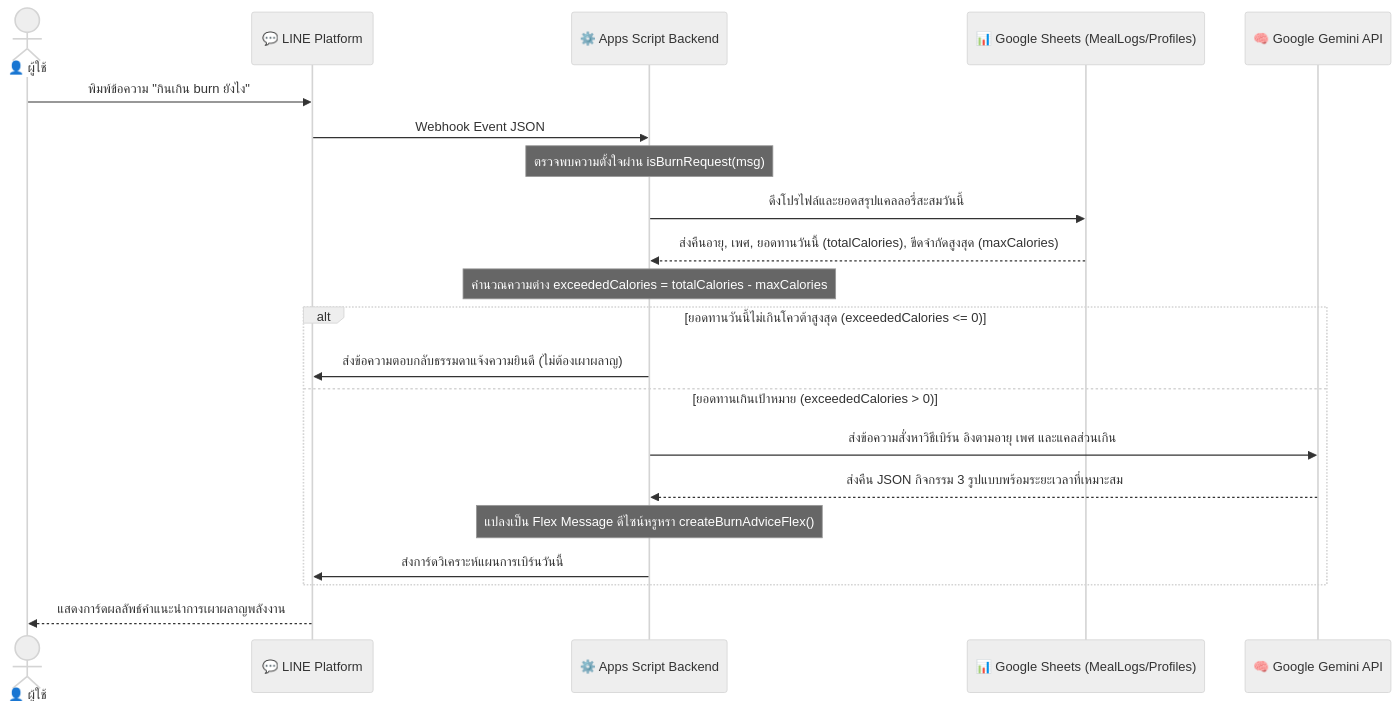
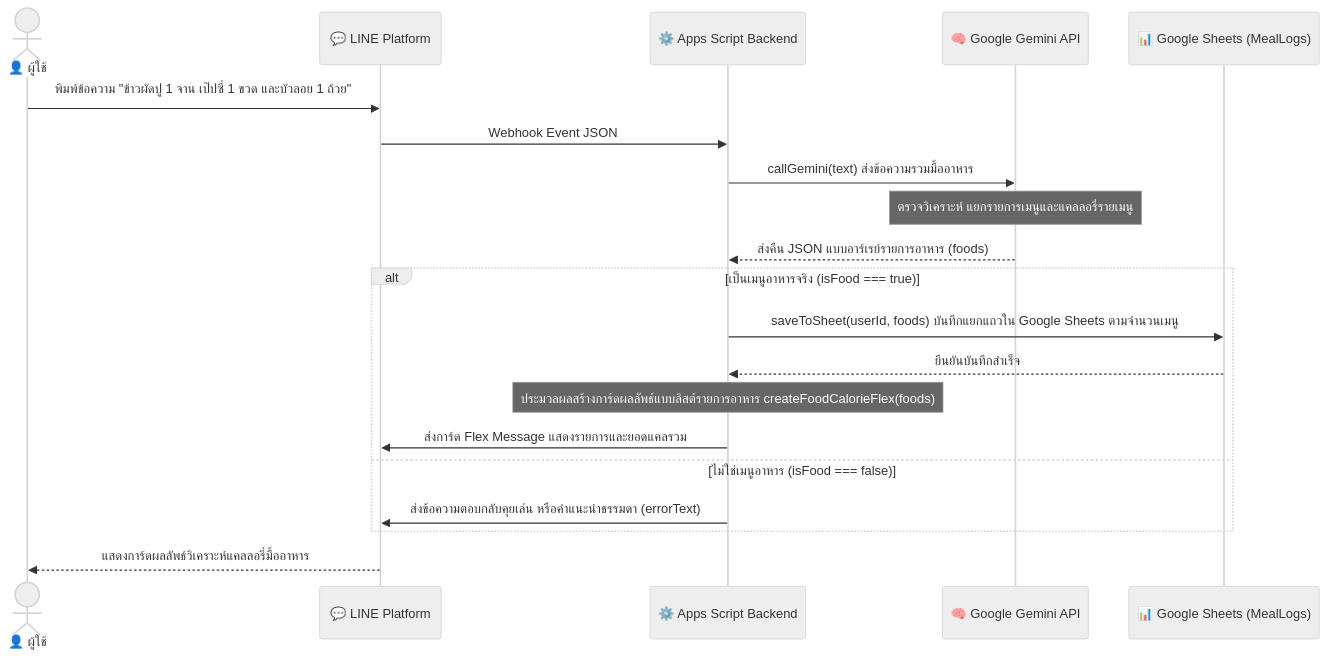
Before and after one commit to Kitisak13/line-calories-ai-chatbot: the diagram in artifacts/implementation_plan.md, drawn with Mermaid (neutral theme). The commit also changed other lines of this file and 3 other files, not shown here.

Commit message:
feat: implement multi-item food calorie processing system

````diff
--- a/artifacts/implementation_plan.md
+++ b/artifacts/implementation_plan.md
@@ -11,25 +11,24 @@
 ```mermaid
 sequenceDiagram
     actor User as 👤 ผู้ใช้
     participant Line as 💬 LINE Platform
     participant GAS as ⚙️ Apps Script Backend
-    participant DB as 📊 Google Sheets (MealLogs/Profiles)
     participant Gemini as 🧠 Google Gemini API
+    participant DB as 📊 Google Sheets (MealLogs)
 
-    User->>Line: พิมพ์ข้อความ "กินเกิน burn ยังไง"
+    User->>Line: พิมพ์ข้อความ "ข้าวผัดปู 1 จาน เป๊ปซี่ 1 ขวด และบัวลอย 1 ถ้วย"
     Line->>GAS: Webhook Event JSON
-    Note over GAS: ตรวจพบความตั้งใจผ่าน isBurnRequest(msg)
-    GAS->>DB: ดึงโปรไฟล์และยอดสรุปแคลลอรี่สะสมวันนี้
-    DB-->>GAS: ส่งคืนอายุ, เพศ, ยอดทานวันนี้ (totalCalories), ขีดจำกัดสูงสุด (maxCalories)
-    Note over GAS: คำนวณความต่าง exceededCalories = totalCalories - maxCalories
+    GAS->>Gemini: callGemini(text) ส่งข้อความรวมมื้ออาหาร
+    Note over Gemini: ตรวจวิเคราะห์ แยกรายการเมนูและแคลลอรี่รายเมนู
+    Gemini-->>GAS: ส่งคืน JSON แบบอาร์เรย์รายการอาหาร (foods)
     
-    alt ยอดทานวันนี้ไม่เกินโควต้าสูงสุด (exceededCalories <= 0)
-        GAS->>Line: ส่งข้อความตอบกลับธรรมดาแจ้งความยินดี (ไม่ต้องเผาผลาญ)
-    else ยอดทานเกินเป้าหมาย (exceededCalories > 0)
-        GAS->>Gemini: ส่งข้อความสั่งหาวิธีเบิร์น อิงตามอายุ เพศ และแคลส่วนเกิน
-        Gemini-->>GAS: ส่งคืน JSON กิจกรรม 3 รูปแบบพร้อมระยะเวลาที่เหมาะสม
-        Note over GAS: แปลงเป็น Flex Message ดีไซน์หรูหรา createBurnAdviceFlex()
-        GAS->>Line: ส่งการ์ดวิเคราะห์แผนการเบิร์นวันนี้
+    alt เป็นเมนูอาหารจริง (isFood === true)
+        GAS->>DB: saveToSheet(userId, foods) บันทึกแยกแถวใน Google Sheets ตามจำนวนเมนู
+        DB-->>GAS: ยืนยันบันทึกสำเร็จ
+        Note over GAS: ประมวลผลสร้างการ์ดผลลัพธ์แบบลิสต์รายการอาหาร createFoodCalorieFlex(foods)
+        GAS->>Line: ส่งการ์ด Flex Message แสดงรายการและยอดแคลรวม
+    else ไม่ใช่เมนูอาหาร (isFood === false)
+        GAS->>Line: ส่งข้อความตอบกลับคุยเล่น หรือคำแนะนำธรรมดา (errorText)
     end
-    Line-->>User: แสดงการ์ดผลลัพธ์คำแนะนำการเผาผลาญพลังงาน
+    Line-->>User: แสดงการ์ดผลลัพธ์วิเคราะห์แคลลอรี่มื้ออาหาร
 ```
````
